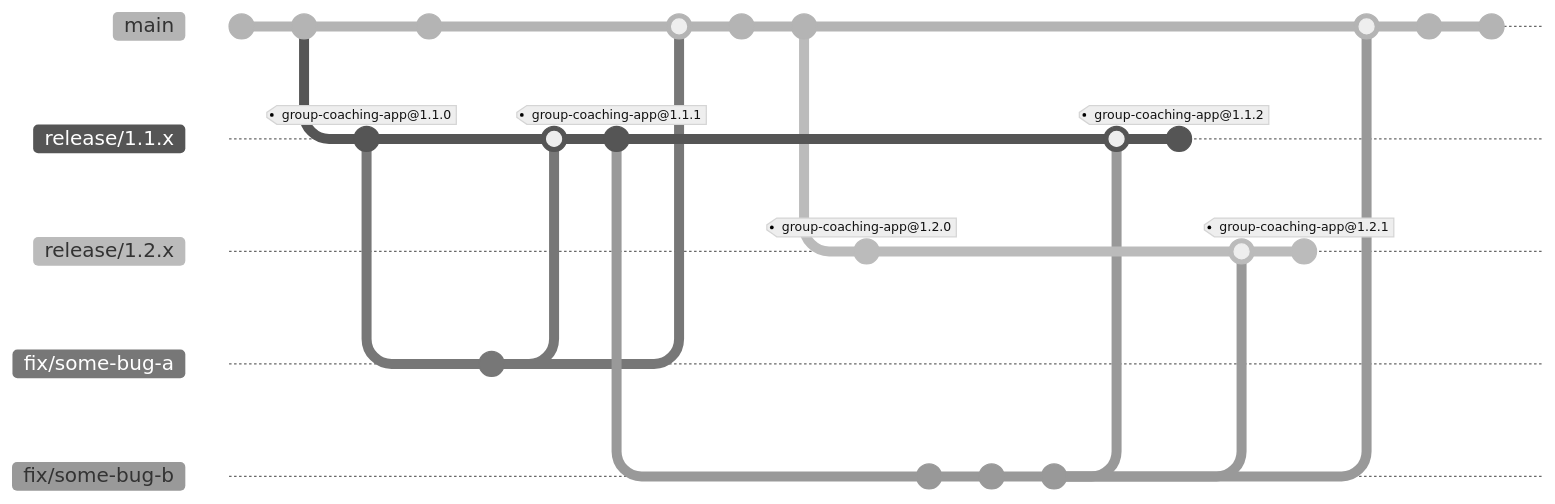
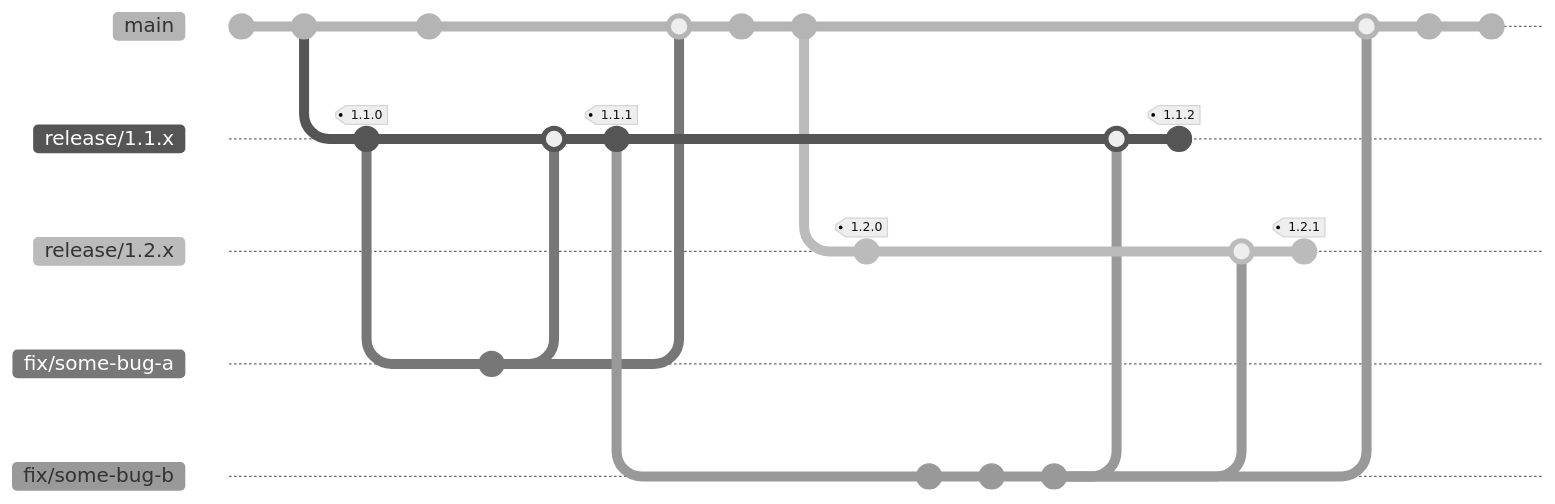
One commit to appelsinvandi/boon-apps-release-flow-proposal changed the fourth of 10 diagrams in README.md. Above: the diagram before and after it, drawn with Mermaid (neutral theme). The commit also changed other lines of this file, not shown here. Commit ids are hidden.

Commit message:
feat: more flows and automation figs in readme

````diff
--- a/README.md
+++ b/README.md
@@ -123,53 +123,53 @@
 ```mermaid
 gitGraph
   checkout main
   commit id:"feat: a"
   commit id:"feat: b"
 
   checkout main
   branch release/1.1.x order: 0
-  commit id:"chore: bump (1.1.0)" tag:"group-coaching-app@1.1.0"
+  commit id:"chore: bump (1.1.0)" tag:"1.1.0"
 
   checkout main
   commit id:"feat: c"
 
   checkout release/1.1.x
   branch fix/some-bug-a order: 11
   commit
 
   checkout release/1.1.x
   merge fix/some-bug-a
-  commit id:"chore: bump (1.1.1)" tag:"group-coaching-app@1.1.1"
+  commit id:"chore: bump (1.1.1)" tag:"1.1.1"
 
   checkout main
   merge fix/some-bug-a
 
   checkout main
   commit id:"feat: d"
   commit id:"feat: e"
 
   checkout main
   branch release/1.2.x order: 1
-  commit id:"chore: bump (1.2.0)" tag:"group-coaching-app@1.2.0"
+  commit id:"chore: bump (1.2.0)" tag:"1.2.0"
 
   checkout release/1.1.x
   branch fix/some-bug-b order: 11
   commit
   commit
   commit
 
   checkout release/1.1.x
   merge fix/some-bug-b
-  commit id:"chore: bump (1.1.2)" tag:"group-coaching-app@1.1.2"
+  commit id:"chore: bump (1.1.2)" tag:"1.1.2"
 
   checkout release/1.2.x
   merge fix/some-bug-b
-  commit id:"chore: bump (1.2.1)" tag:"group-coaching-app@1.2.1"
+  commit id:"chore: bump (1.2.1)" tag:"1.2.1"
 
   checkout main
   merge fix/some-bug-b
 
   checkout main
   commit id:"feat: f"
   commit id:"feat: g"
 ```
````
